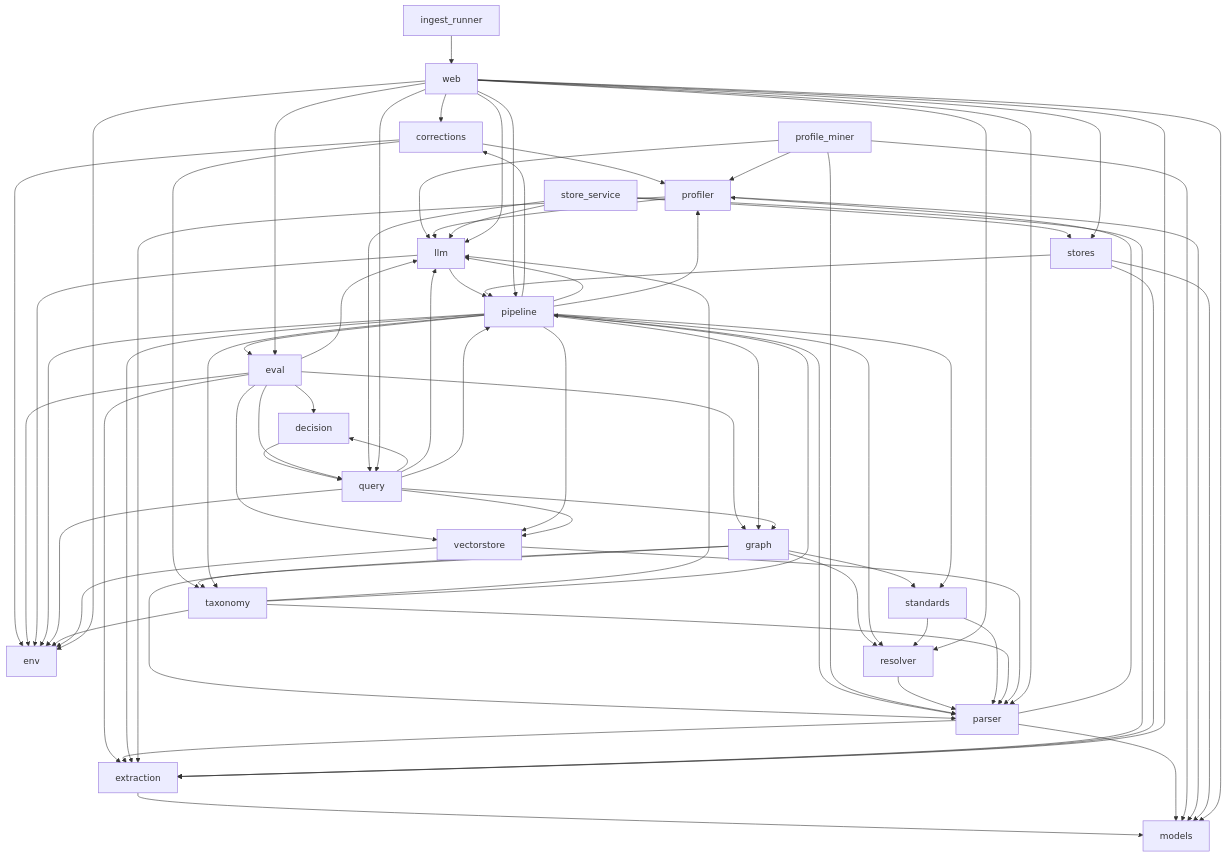
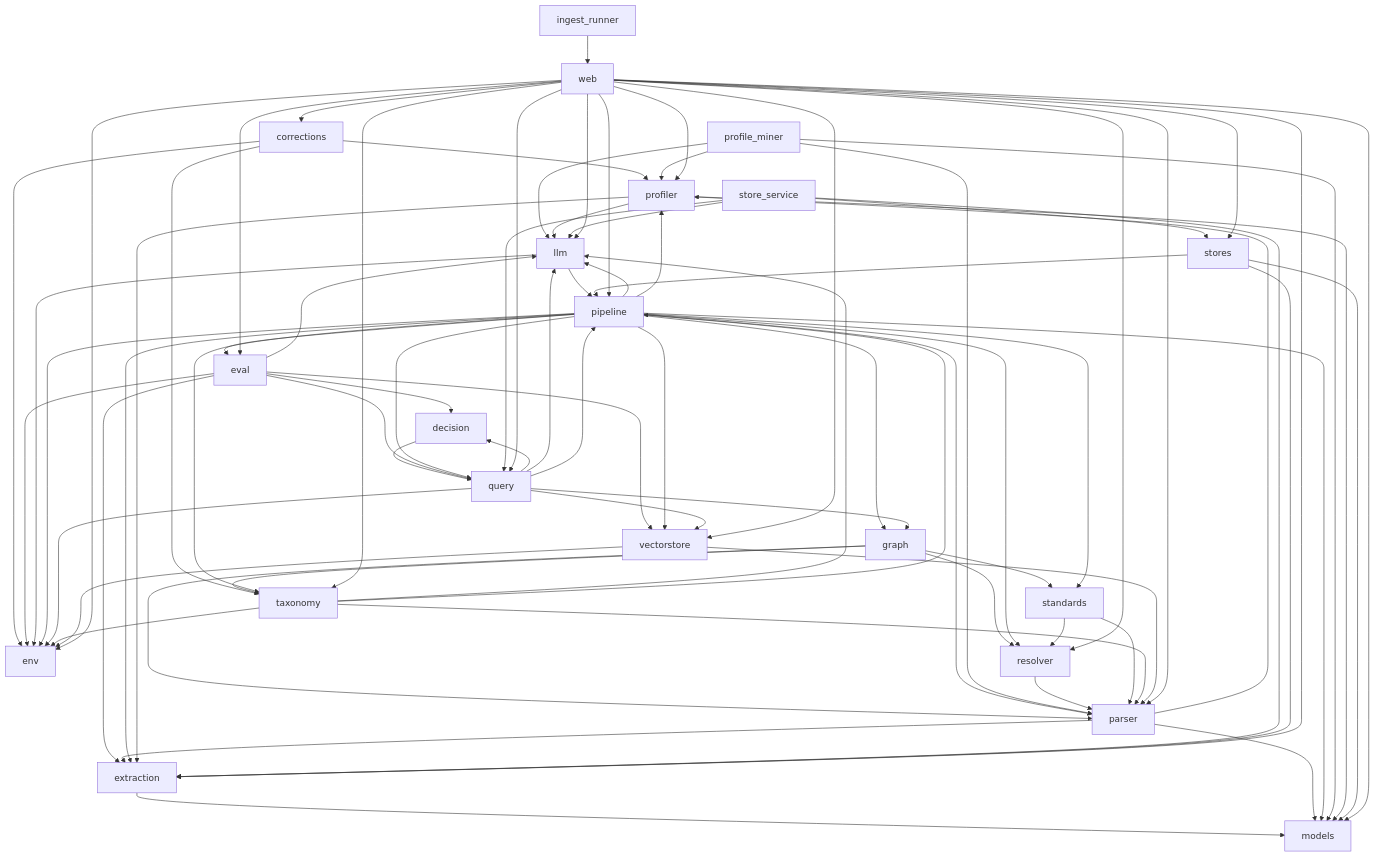
Before and after one commit to kurnoolion/nora: the diagram in docs/compact/MAP.md, drawn with Mermaid. The commit also changed other lines of this file and 11 other files, not shown here.

````diff
--- a/docs/compact/MAP.md
+++ b/docs/compact/MAP.md
@@ -61,7 +61,6 @@
     m_eval --> m_decision
     m_eval --> m_env
     m_eval --> m_extraction
-    m_eval --> m_graph
     m_eval --> m_llm
     m_eval --> m_query
     m_eval --> m_vectorstore
@@ -76,14 +75,15 @@
     m_parser --> m_extraction
     m_parser --> m_models
     m_parser --> m_profiler
-    m_pipeline --> m_corrections
     m_pipeline --> m_env
     m_pipeline --> m_eval
     m_pipeline --> m_extraction
     m_pipeline --> m_graph
     m_pipeline --> m_llm
+    m_pipeline --> m_models
     m_pipeline --> m_parser
     m_pipeline --> m_profiler
+    m_pipeline --> m_query
     m_pipeline --> m_resolver
     m_pipeline --> m_standards
     m_pipeline --> m_taxonomy
@@ -125,7 +125,10 @@
     m_web --> m_models
     m_web --> m_parser
     m_web --> m_pipeline
+    m_web --> m_profiler
     m_web --> m_query
     m_web --> m_resolver
     m_web --> m_stores
+    m_web --> m_taxonomy
+    m_web --> m_vectorstore
 ```
````
